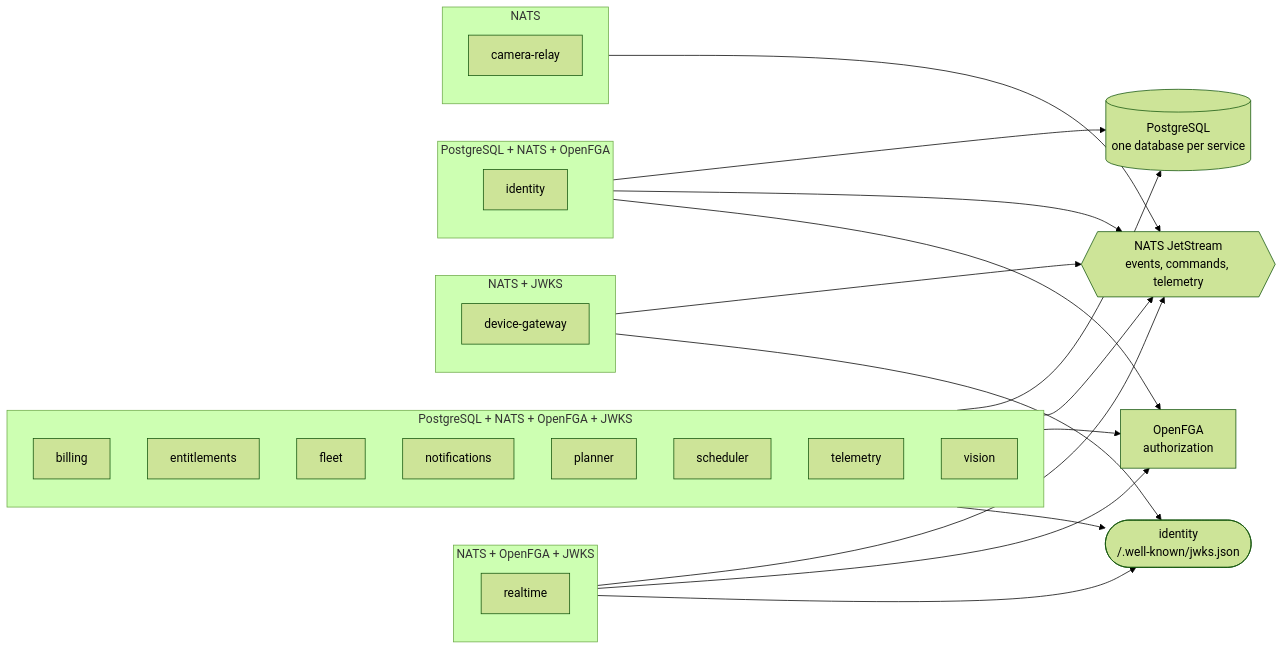
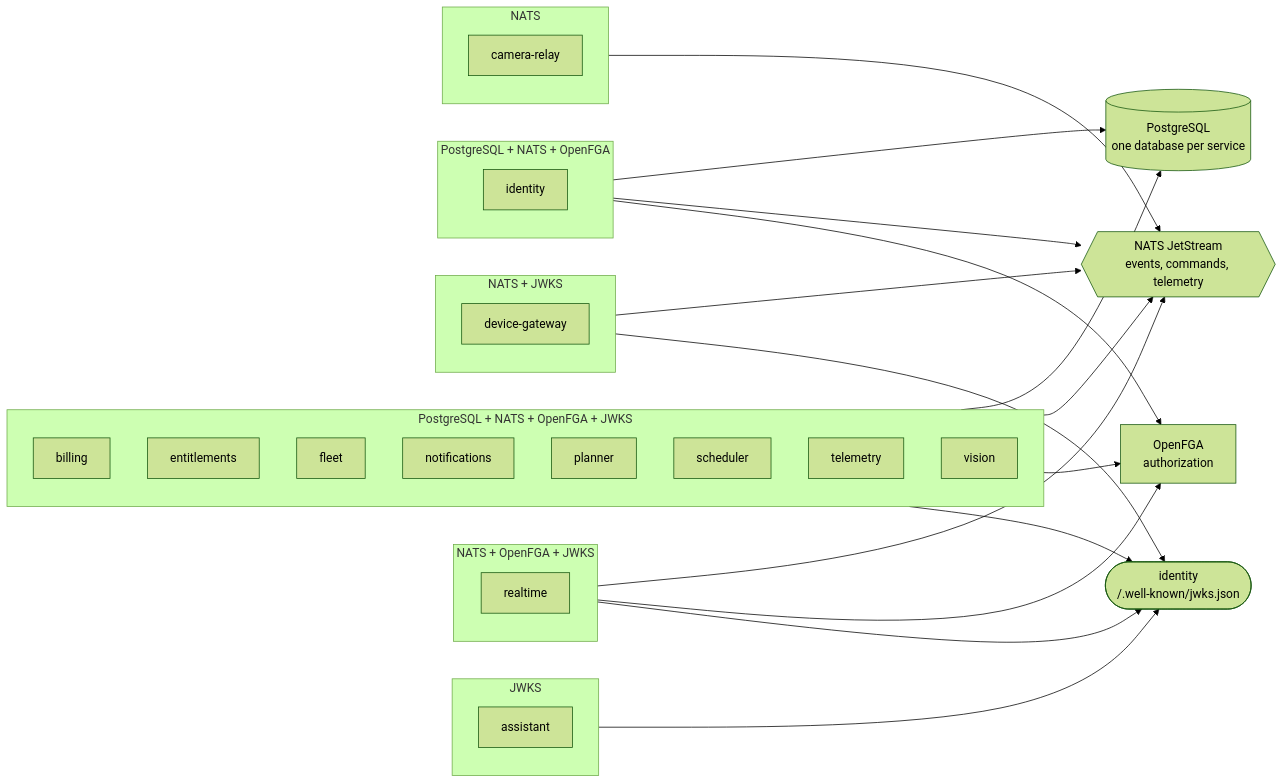
One commit to lukislp/mowdeck changed the second of 15 diagrams in docs/architecture/generated.md. Above: the diagram before and after it, drawn with Mermaid (forest theme). The commit also changed other lines of this file and 118 other files, not shown here.

````diff
--- a/docs/architecture/generated.md
+++ b/docs/architecture/generated.md
@@ -96,42 +101,46 @@
 ```mermaid
 flowchart LR
-  subgraph g0["NATS"]
+  subgraph g0["JWKS"]
+    assistant["assistant"]
+  end
+  subgraph g1["NATS"]
     camera_relay["camera-relay"]
   end
-  subgraph g1["NATS + JWKS"]
+  subgraph g2["NATS + JWKS"]
     device_gateway["device-gateway"]
   end
-  subgraph g2["NATS + OpenFGA + JWKS"]
+  subgraph g3["NATS + OpenFGA + JWKS"]
     realtime["realtime"]
   end
-  subgraph g3["PostgreSQL + NATS + OpenFGA"]
+  subgraph g4["PostgreSQL + NATS + OpenFGA"]
     identity["identity"]
   end
-  subgraph g4["PostgreSQL + NATS + OpenFGA + JWKS"]
+  subgraph g5["PostgreSQL + NATS + OpenFGA + JWKS"]
     billing["billing"]
     entitlements["entitlements"]
     fleet["fleet"]
     notifications["notifications"]
     planner["planner"]
     scheduler["scheduler"]
     telemetry["telemetry"]
     vision["vision"]
   end
   PostgreSQL[("PostgreSQL<br/>one database per service")]
   NATS{{"NATS JetStream<br/>events, commands, telemetry"}}
   OpenFGA["OpenFGA<br/>authorization"]
   JWKS(["identity<br/>/.well-known/jwks.json"])
-  g0 --> NATS
+  g0 --> JWKS
   g1 --> NATS
-  g1 --> JWKS
   g2 --> NATS
-  g2 --> OpenFGA
   g2 --> JWKS
-  g3 --> PostgreSQL
   g3 --> NATS
   g3 --> OpenFGA
+  g3 --> JWKS
   g4 --> PostgreSQL
   g4 --> NATS
   g4 --> OpenFGA
-  g4 --> JWKS
+  g5 --> PostgreSQL
+  g5 --> NATS
+  g5 --> OpenFGA
+  g5 --> JWKS
 ```
````
